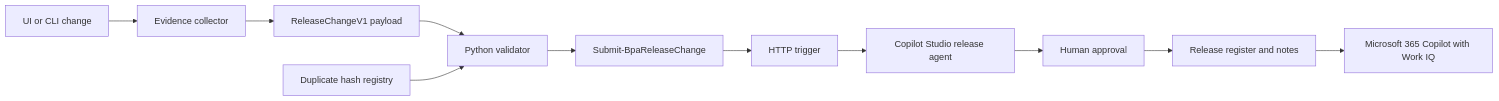
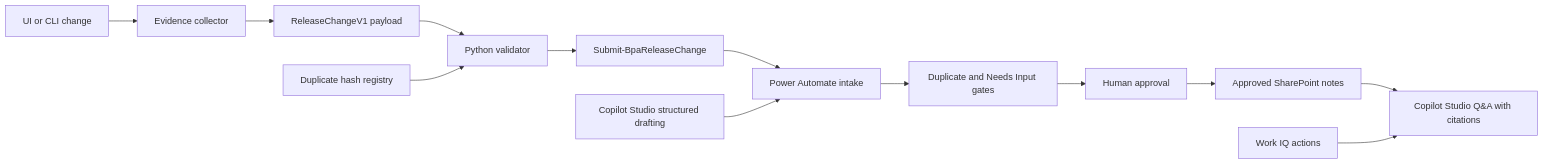
Before and after one commit to kotorn/bpa-release-note-agent: the diagram in README.md, drawn with Mermaid. The commit also changed other lines of this file and 30 other files, not shown here.

````diff
--- a/README.md
+++ b/README.md
@@ -23,13 +25,15 @@
 ```mermaid
 flowchart LR
     A["UI or CLI change"] --> B["Evidence collector"]
     B --> C["ReleaseChangeV1 payload"]
     C --> D["Python validator"]
     D --> E["Submit-BpaReleaseChange"]
-    E --> F["HTTP trigger"]
-    F --> G["Copilot Studio release agent"]
+    E --> F["Power Automate intake"]
+    F --> G["Duplicate and Needs Input gates"]
     G --> H["Human approval"]
-    H --> I["Release register and notes"]
-    I --> J["Microsoft 365 Copilot with Work IQ"]
-    K["Duplicate hash registry"] --> D
+    H --> I["Approved SharePoint notes"]
+    I --> J["Copilot Studio Q&A with citations"]
+    K["Copilot Studio structured drafting"] --> F
+    L["Work IQ actions"] --> J
+    M["Duplicate hash registry"] --> D
 ```
````
